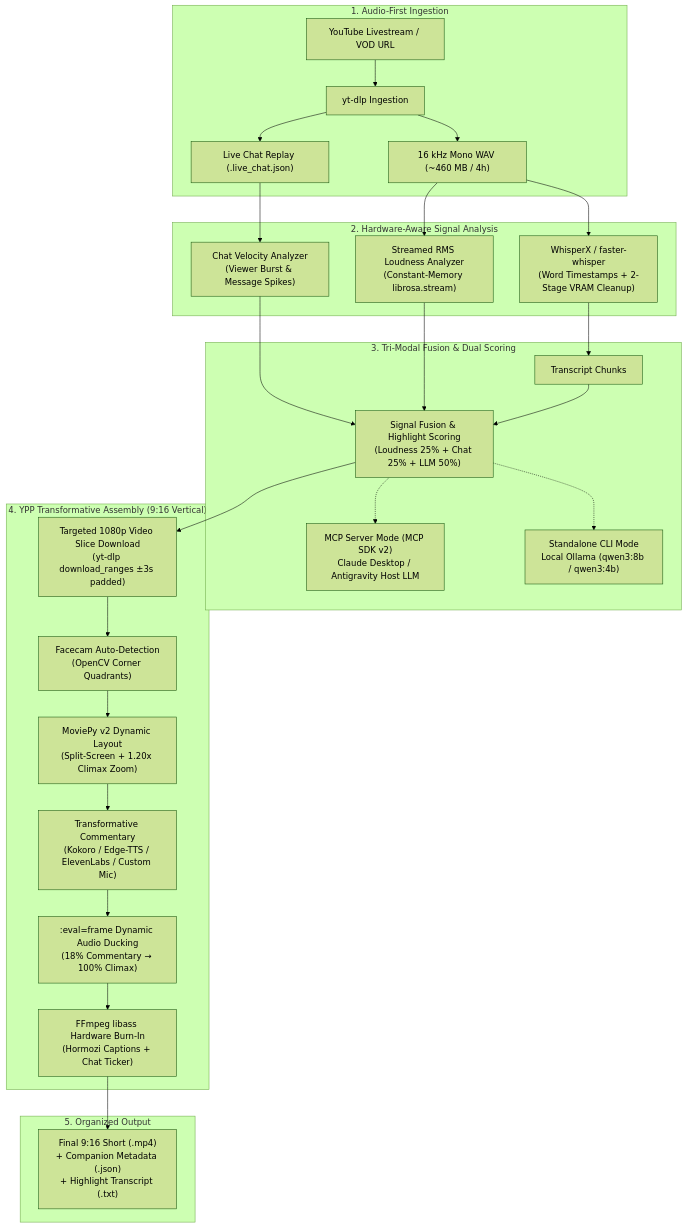
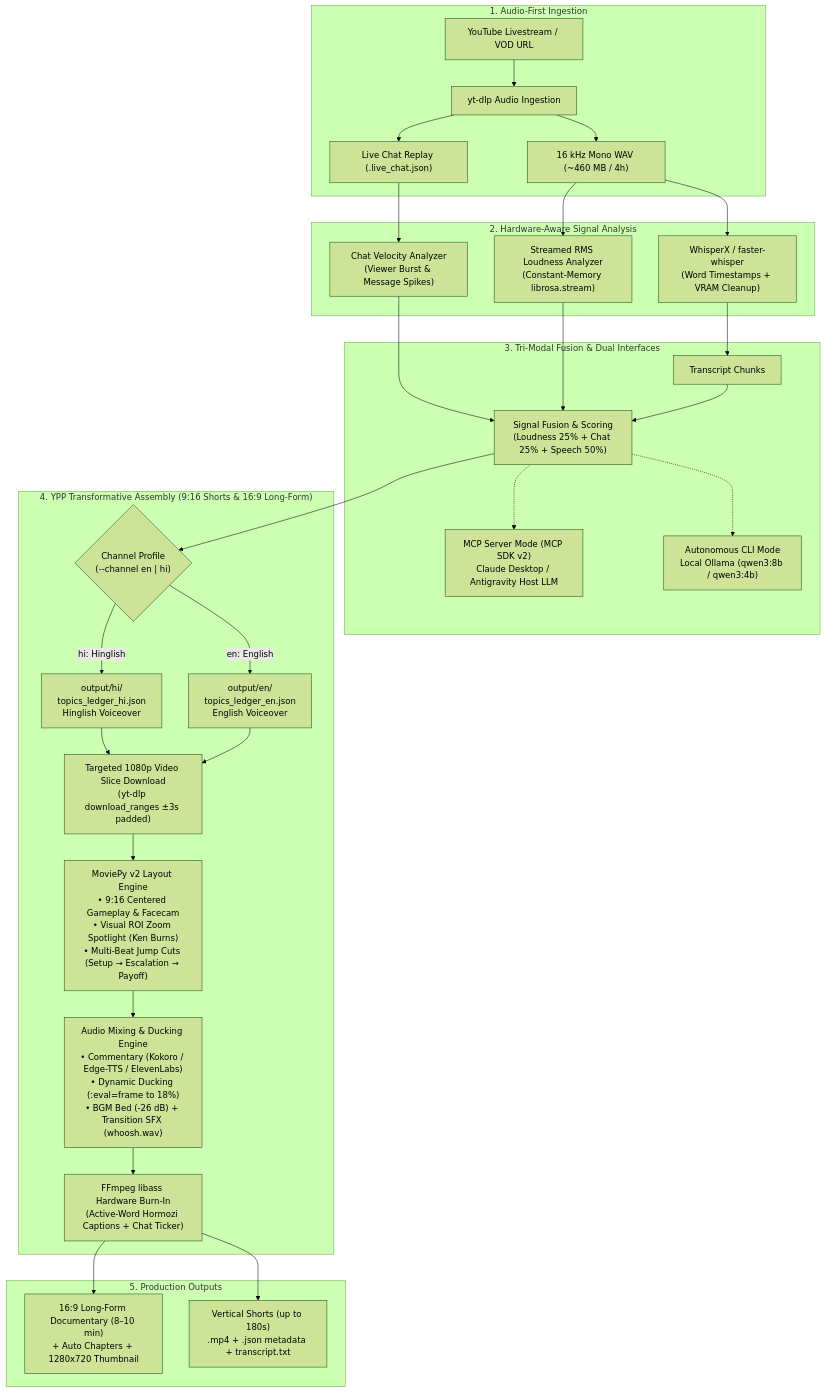
One commit to PrakashD2003/Clipper changed the first of 4 diagrams in README.md. Above: the diagram before and after it, drawn with Mermaid (forest theme). The commit also changed other lines of this file, not shown here.

Commit message:
docs: update README with v4 dual-channel profiles, topic videos, BGM/SFX suite, and MCP operator guide

````diff
--- a/README.md
+++ b/README.md
@@ -35,37 +37,41 @@
 ```mermaid
 flowchart TB
     subgraph Ingestion ["1. Audio-First Ingestion"]
-        URL["YouTube Livestream / VOD URL"] --> YTDL["yt-dlp Ingestion"]
+        URL["YouTube Livestream / VOD URL"] --> YTDL["yt-dlp Audio Ingestion"]
         YTDL --> WAV["16 kHz Mono WAV (~460 MB / 4h)"]
         YTDL --> Chat["Live Chat Replay (.live_chat.json)"]
     end
 
     subgraph SignalAnalysis ["2. Hardware-Aware Signal Analysis"]
-        WAV --> Whisper["WhisperX / faster-whisper<br/>(Word Timestamps + 2-Stage VRAM Cleanup)"]
+        WAV --> Whisper["WhisperX / faster-whisper<br/>(Word Timestamps + VRAM Cleanup)"]
         WAV --> Loudness["Streamed RMS Loudness Analyzer<br/>(Constant-Memory librosa.stream)"]
         Chat --> Velocity["Chat Velocity Analyzer<br/>(Viewer Burst & Message Spikes)"]
     end
 
-    subgraph ScoringEngine ["3. Tri-Modal Fusion & Dual Scoring"]
+    subgraph ScoringEngine ["3. Tri-Modal Fusion & Dual Interfaces"]
         Whisper --> Chunks["Transcript Chunks"]
-        Loudness --> Fusion["Signal Fusion & Highlight Scoring<br/>(Loudness 25% + Chat 25% + LLM 50%)"]
+        Loudness --> Fusion["Signal Fusion & Scoring<br/>(Loudness 25% + Chat 25% + Speech 50%)"]
         Velocity --> Fusion
         Chunks --> Fusion
 
-        Fusion -.-> Ollama["Standalone CLI Mode<br/>Local Ollama (qwen3:8b / qwen3:4b)"]
+        Fusion -.-> Ollama["Autonomous CLI Mode<br/>Local Ollama (qwen3:8b / qwen3:4b)"]
         Fusion -.-> MCPServer["MCP Server Mode (MCP SDK v2)<br/>Claude Desktop / Antigravity Host LLM"]
     end
 
-    subgraph VideoAssembly ["4. YPP Transformative Assembly (9:16 Vertical)"]
-        Fusion --> RangeDL["Targeted 1080p Video Slice Download<br/>(yt-dlp download_ranges &plusmn;3s padded)"]
-        RangeDL --> Facecam["Facecam Auto-Detection<br/>(OpenCV Corner Quadrants)"]
-        Facecam --> Compose["MoviePy v2 Dynamic Layout<br/>(Split-Screen + 1.20x Climax Zoom)"]
-        Compose --> Narrator["Transformative Commentary<br/>(Kokoro / Edge-TTS / ElevenLabs / Custom Mic)"]
-        Narrator --> Ducking[":eval=frame Dynamic Audio Ducking<br/>(18% Commentary &rarr; 100% Climax)"]
-        Ducking --> ASS["FFmpeg libass Hardware Burn-In<br/>(Hormozi Captions + Chat Ticker)"]
+    subgraph VideoAssembly ["4. YPP Transformative Assembly (9:16 Shorts & 16:9 Long-Form)"]
+        Fusion --> ChannelRoute{"Channel Profile<br/>(--channel en | hi)"}
+        ChannelRoute -->|en: English| ProfileEN["output/en/<br/>topics_ledger_en.json<br/>English Voiceover"]
+        ChannelRoute -->|hi: Hinglish| ProfileHI["output/hi/<br/>topics_ledger_hi.json<br/>Hinglish Voiceover"]
+
+        ProfileEN --> RangeDL["Targeted 1080p Video Slice Download<br/>(yt-dlp download_ranges &plusmn;3s padded)"]
+        ProfileHI --> RangeDL
+        RangeDL --> Compose["MoviePy v2 Layout Engine<br/>&bull; 9:16 Centered Gameplay & Facecam<br/>&bull; Visual ROI Zoom Spotlight (Ken Burns)<br/>&bull; Multi-Beat Jump Cuts (Setup &rarr; Escalation &rarr; Payoff)"]
+        Compose --> AudioEngine["Audio Mixing & Ducking Engine<br/>&bull; Commentary (Kokoro / Edge-TTS / ElevenLabs)<br/>&bull; Dynamic Ducking (:eval=frame to 18%)<br/>&bull; BGM Bed (-26 dB) + Transition SFX (whoosh.wav)"]
+        AudioEngine --> Burn["FFmpeg libass Hardware Burn-In<br/>(Active-Word Hormozi Captions + Chat Ticker)"]
     end
 
-    subgraph Distribution ["5. Organized Output"]
-        ASS --> Outputs["Final 9:16 Short (.mp4)<br/>+ Companion Metadata (.json)<br/>+ Highlight Transcript (.txt)"]
+    subgraph Distribution ["5. Production Outputs"]
+        Burn --> ShortsOut["Vertical Shorts (up to 180s)<br/>.mp4 + .json metadata + transcript.txt"]
+        Burn --> LongOut["16:9 Long-Form Documentary (8&ndash;10 min)<br/>+ Auto Chapters + 1280x720 Thumbnail"]
     end
 ```
````
